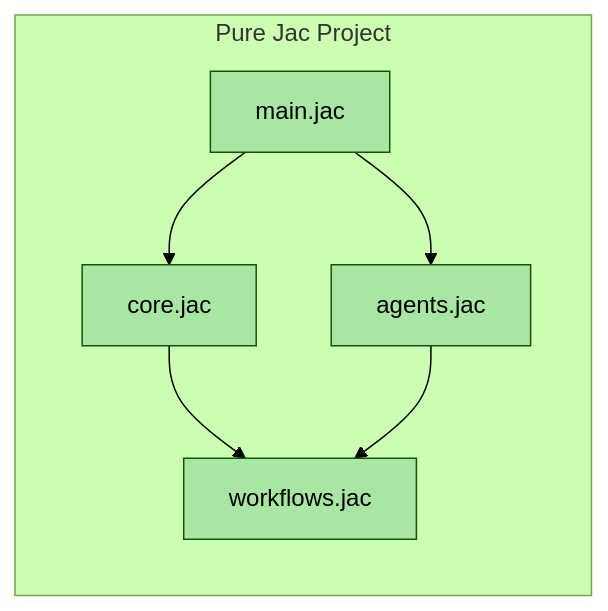
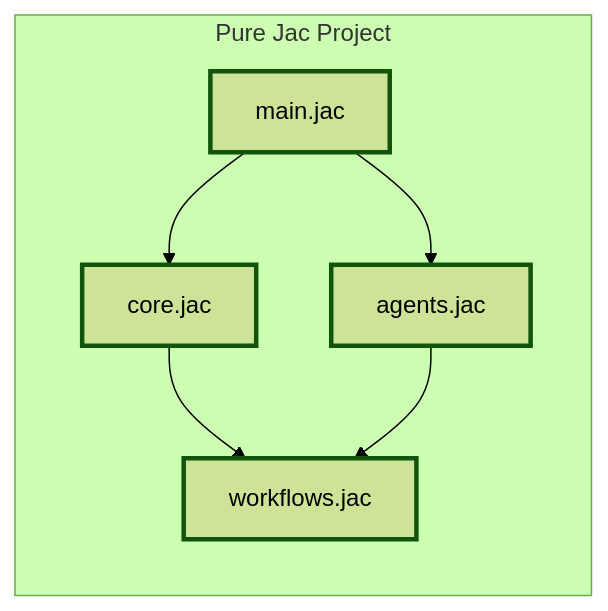
Before and after one commit to marsninja/blog: the fifth of 9 diagrams in docs/blog/posts/welcome.md, drawn with Mermaid (forest theme). The commit also changed other lines of this file, not shown here.

````diff
--- a/docs/blog/posts/welcome.md
+++ b/docs/blog/posts/welcome.md
@@ -161,18 +161,18 @@
 ```mermaid
 graph LR
     subgraph "Pure Jac Project"
         J5[main.jac]
         J6[core.jac]
         J7[agents.jac]
         J8[workflows.jac]
         J5 --> J6
         J5 --> J7
         J6 --> J8
         J7 --> J8
     end
-    
-    style J5 fill:#a8e6a3
-    style J6 fill:#a8e6a3
-    style J7 fill:#a8e6a3
-    style J8 fill:#a8e6a3
+
+    style J5 stroke-width:3px
+    style J6 stroke-width:3px
+    style J7 stroke-width:3px
+    style J8 stroke-width:3px
 ```
````
